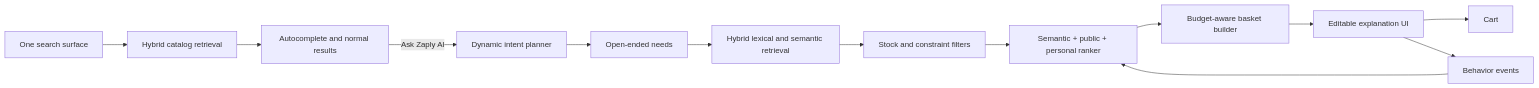
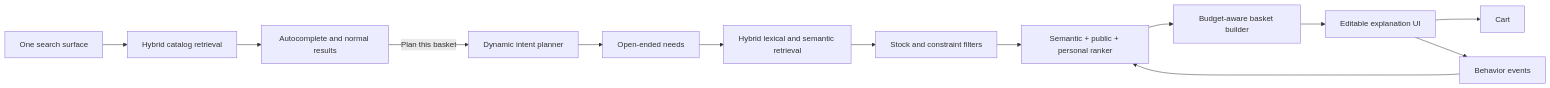
One commit to rushikesh0022/WemakeDev changed the first of 2 diagrams in docs/architecture.md. Above: the diagram before and after it, drawn with Mermaid. The commit also changed other lines of this file and 55 other files, not shown here.

````diff
--- a/docs/architecture.md
+++ b/docs/architecture.md
@@ -5,15 +5,15 @@
 ```mermaid
 flowchart LR
   UI[One search surface] --> C[Hybrid catalog retrieval]
   C --> A[Autocomplete and normal results]
-  A -->|Ask Zaply AI| L[Dynamic intent planner]
+  A -->|Plan this basket| L[Dynamic intent planner]
   L --> N[Open-ended needs]
   N --> H[Hybrid lexical and semantic retrieval]
   H --> F[Stock and constraint filters]
   F --> S[Semantic + public + personal ranker]
   S --> B[Budget-aware basket builder]
   B --> E[Editable explanation UI]
   E --> K[Cart]
   E --> V[Behavior events]
   V --> S
 ```
````
